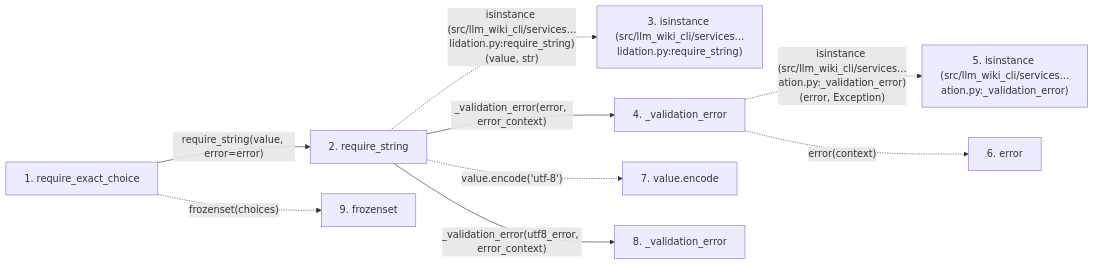
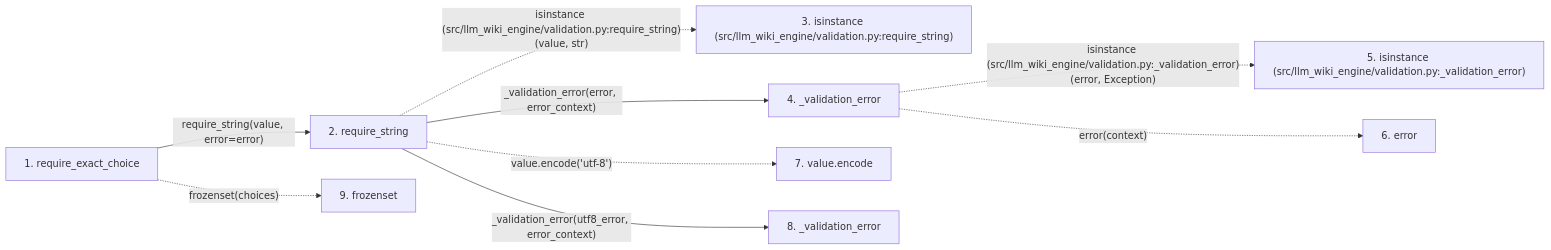
The second of 2 diagrams in docs/llm_wiki/flows/api-require_exact_choice.md (Denissvgn/python-wiki-llm), drawn with Mermaid before and after one commit. The commit also changed other lines of this file and 1103 other files, not shown here.

First line of the commit message:
docs: refresh the wiki for the llm-wiki-engine distribution

````diff
--- a/docs/llm_wiki/flows/api-require_exact_choice.md
+++ b/docs/llm_wiki/flows/api-require_exact_choice.md
@@ -49,24 +49,24 @@
 ```mermaid
 flowchart LR
     s1["1. require_exact_choice"]
     s2["2. require_string"]
-    s3["3. isinstance (src/llm_wiki_cli/services…lidation.py:require_string)"]
+    s3["3. isinstance (src/llm_wiki_engine/validation.py:require_string)"]
     s4["4. _validation_error"]
-    s5["5. isinstance (src/llm_wiki_cli/services…ation.py:_validation_error)"]
+    s5["5. isinstance (src/llm_wiki_engine/validation.py:_validation_error)"]
     s6["6. error"]
     s7["7. value.encode"]
     s8["8. _validation_error"]
     s9["9. frozenset"]
     s1 -->|"require_string(value, error=error)"| s2
-    s2 -. "isinstance (src/llm_wiki_cli/services…lidation.py:require_string)(value, str)" .-> s3
+    s2 -. "isinstance (src/llm_wiki_engine/validation.py:require_string)(value, str)" .-> s3
     s2 -->|"_validation_error(error, error_context)"| s4
-    s4 -. "isinstance (src/llm_wiki_cli/services…ation.py:_validation_error)(error, Exception)" .-> s5
+    s4 -. "isinstance (src/llm_wiki_engine/validation.py:_validation_error)(error, Exception)" .-> s5
     s4 -. "error(context)" .-> s6
     s2 -. "value.encode('utf-8')" .-> s7
     s2 -->|"_validation_error(utf8_error, error_context)"| s8
     s1 -. "frozenset(choices)" .-> s9
     click s1 "../modules/validation.md"
     click s2 "../modules/validation.md"
     click s4 "../modules/validation.md"
     click s8 "../modules/validation.md"
 ```
````
